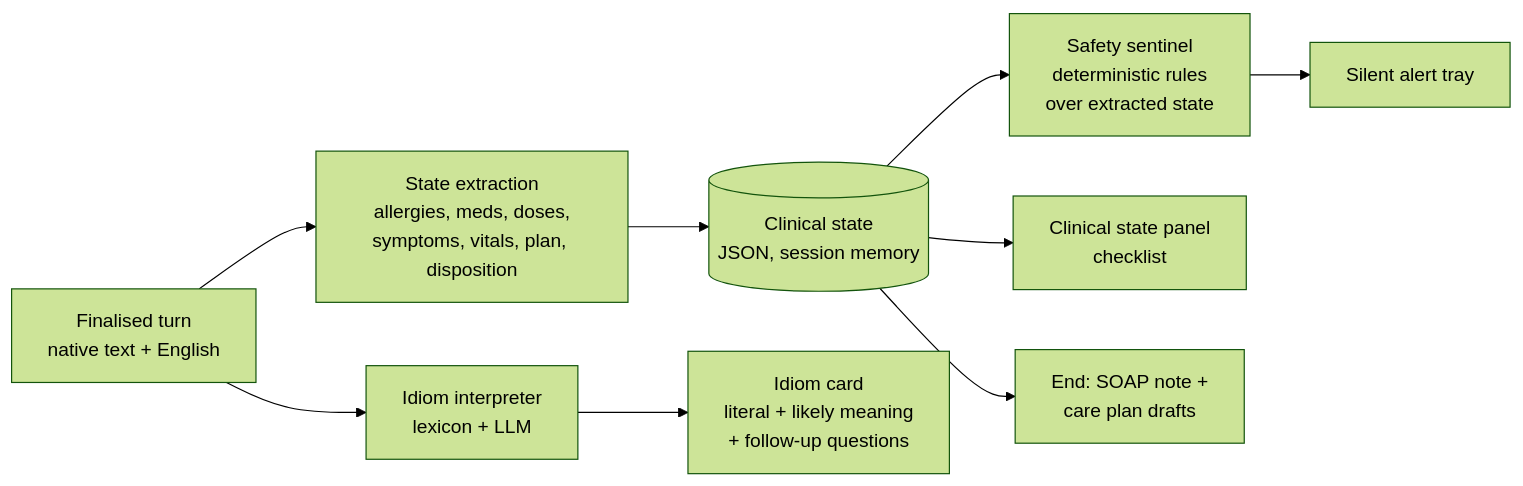
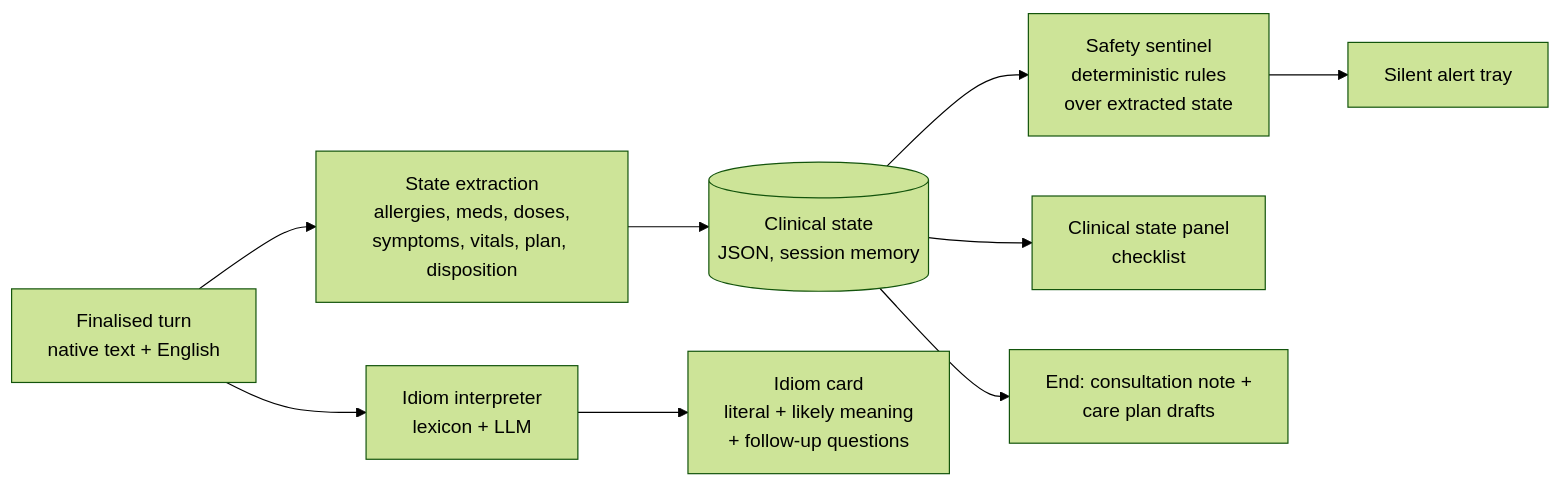
Before and after one commit to diyorbekibragimov/BayanAI: the second of 2 diagrams in docs/02-product-spec.md, drawn with Mermaid (forest theme). The commit also changed other lines of this file and 91 other files, not shown here.

````diff
--- a/docs/02-product-spec.md
+++ b/docs/02-product-spec.md
@@ -127,11 +144,11 @@
 ```mermaid
 flowchart LR
     T[Finalised turn<br/>native text + English] --> X[State extraction<br/>allergies, meds, doses,<br/>symptoms, vitals, plan, disposition]
     T --> I[Idiom interpreter<br/>lexicon + LLM]
     X --> S[(Clinical state<br/>JSON, session memory)]
     S --> R[Safety sentinel<br/>deterministic rules<br/>over extracted state]
     I --> C[Idiom card<br/>literal + likely meaning<br/>+ follow-up questions]
     R --> A[Silent alert tray]
     S --> P[Clinical state panel<br/>checklist]
-    S --> N[End: SOAP note +<br/>care plan drafts]
+    S --> N[End: consultation note +<br/>care plan drafts]
 ```
````
